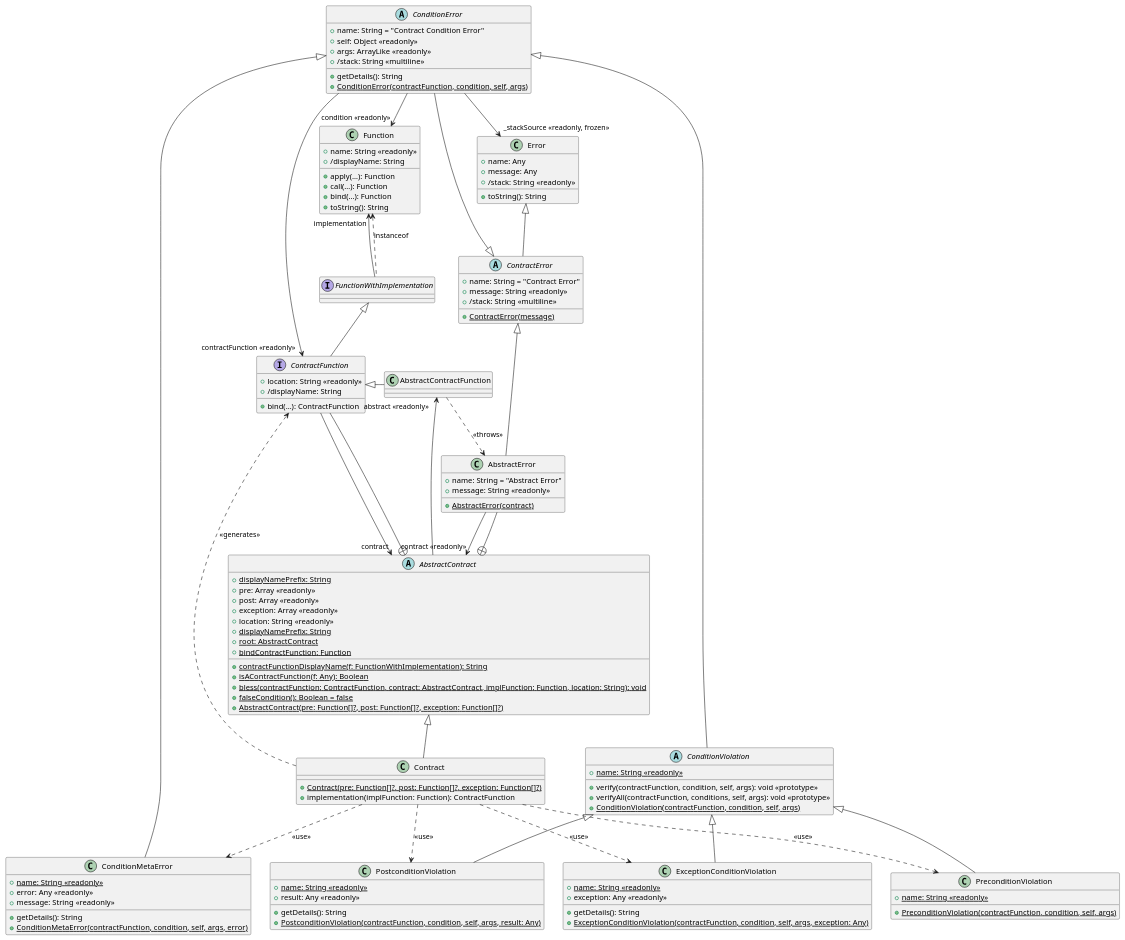
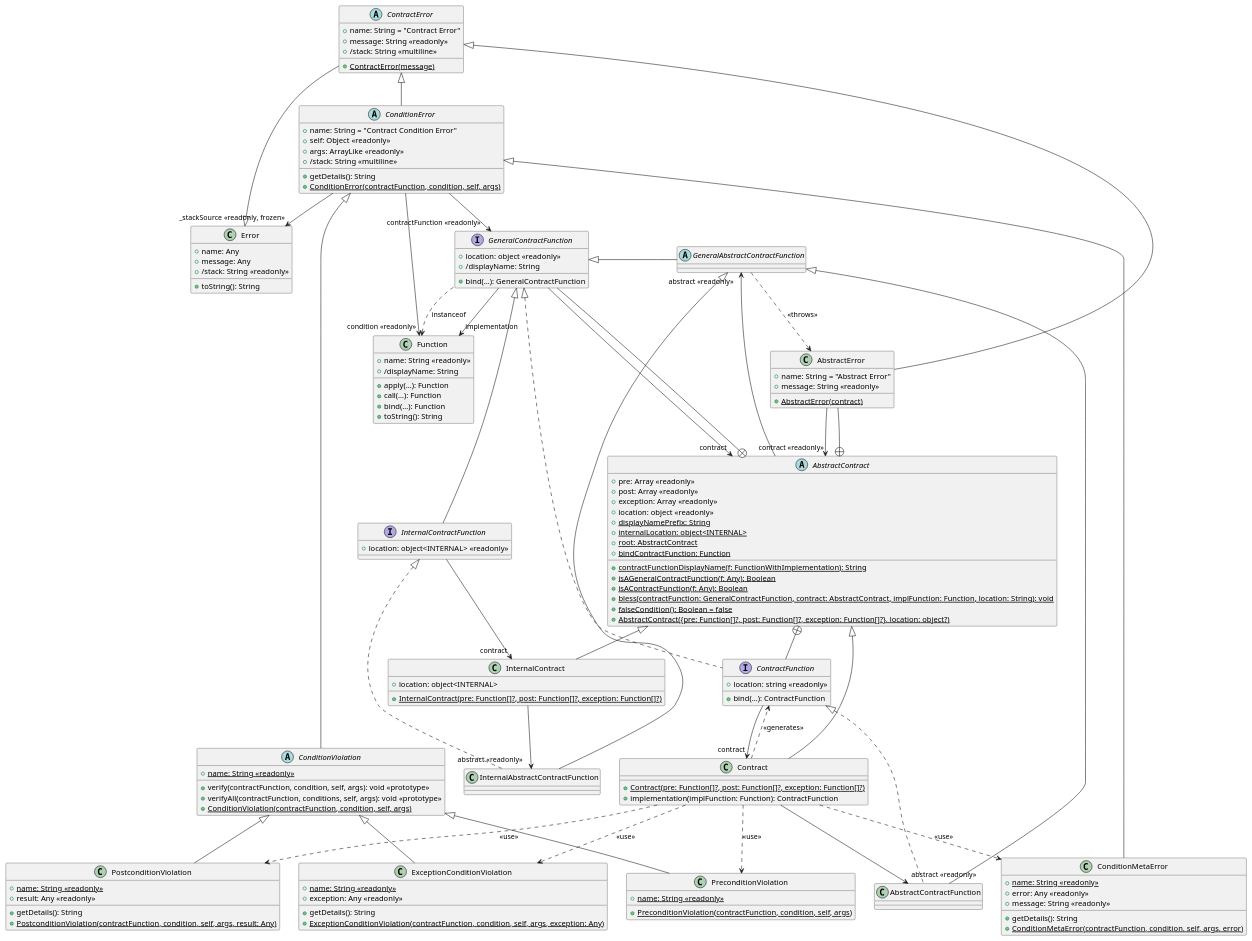
The diagram in src/I/model.puml (Toryt/contracts), drawn with PlantUML before and after one commit.

Commit message:
Update UML model

```diff
--- a/src/I/model.puml
+++ b/src/I/model.puml
@@ -17,138 +17,164 @@
 @startuml
 
 class Function {
   +name: String <<readonly>>
   +/displayName: String
   +apply(…): Function
   +call(…): Function
   +bind(…): Function
   +toString(): String
 }
 class Error {
   +name: Any
   +message: Any
   +/stack: String <<readonly>>
   +toString(): String
 }
 
-interface FunctionWithImplementation
-
-Function <.. FunctionWithImplementation: instanceof
-FunctionWithImplementation --> "implementation" Function
+Function <.. GeneralContractFunction: instanceof
+GeneralContractFunction --> "implementation" Function
 
 abstract class AbstractContract {
-  +{static} displayNamePrefix: String
   +pre: Array <<readonly>>
   +post: Array <<readonly>>
   +exception: Array <<readonly>>
-  +location: String <<readonly>>
+  +location: object <<readonly>>
   +{static} displayNamePrefix: String
+  +{static} internalLocation: object<INTERNAL>
   +{static} root: AbstractContract
   +{static} contractFunctionDisplayName(f: FunctionWithImplementation): String
   +{static} bindContractFunction: Function
+  +{static} isAGeneralContractFunction(f: Any): Boolean
   +{static} isAContractFunction(f: Any): Boolean
-  +{static} bless(contractFunction: ContractFunction, contract: AbstractContract, implFunction: Function, location: String): void
+  +{static} bless(contractFunction: GeneralContractFunction, contract: AbstractContract, implFunction: Function, location: String): void
   +{static} falseCondition(): Boolean = false
-  +{static} AbstractContract(pre: Function[]?, post: Function[]?, exception: Function[]?)
+  +{static} AbstractContract({pre: Function[]?, post: Function[]?, exception: Function[]?}, location: object?)
 }
+
+class InternalContract {
+  +{static} InternalContract(pre: Function[]?, post: Function[]?, exception: Function[]?)
+  +location: object<INTERNAL>
+}
+AbstractContract <|-- InternalContract
 
 class Contract {
   +{static} Contract(pre: Function[]?, post: Function[]?, exception: Function[]?)
   +implementation(implFunction: Function): ContractFunction
 }
 AbstractContract <|-- Contract
 
+interface GeneralContractFunction {
+  +location: object <<readonly>>
+  +/displayName: String
+  +bind(…): GeneralContractFunction
+}
+AbstractContract +-- GeneralContractFunction
+GeneralContractFunction --> "contract" AbstractContract
+
+interface InternalContractFunction {
+  +location: object<INTERNAL> <<readonly>>
+}
+GeneralContractFunction <|-- InternalContractFunction
+InternalContractFunction --> "contract" InternalContract
+
 interface ContractFunction {
-  +location: String <<readonly>>
-  +/displayName: String
+  +location: string <<readonly>>
   +bind(…): ContractFunction
 }
+AbstractContract +-- ContractFunction
+GeneralContractFunction <|.. ContractFunction
+ContractFunction --> "contract" Contract
+
+abstract class GeneralAbstractContractFunction
+GeneralContractFunction <|- GeneralAbstractContractFunction
+AbstractContract --> "abstract <<readonly>>" GeneralAbstractContractFunction
+
+class InternalAbstractContractFunction
+GeneralAbstractContractFunction <|-- InternalAbstractContractFunction
+InternalContractFunction <|.. InternalAbstractContractFunction
+InternalContract --> "abstract <<readonly>>" InternalAbstractContractFunction
 
 class AbstractContractFunction
-ContractFunction <|- AbstractContractFunction
-
-AbstractContract +-- ContractFunction
-FunctionWithImplementation <|-- ContractFunction
-
-ContractFunction --> "contract" AbstractContract
-AbstractContract --> "abstract <<readonly>>" AbstractContractFunction
+GeneralAbstractContractFunction <|- AbstractContractFunction
+ContractFunction <|.. AbstractContractFunction
+Contract --> "abstract <<readonly>>" AbstractContractFunction
 
 abstract class ContractError {
   +name: String = "Contract Error"
   +message: String <<readonly>>
   +/stack: String <<multiline>>
   +{static} ContractError(message)
 }
 Error <|-- ContractError
 
 class AbstractError {
   +name: String = "Abstract Error"
   +message: String <<readonly>>
   +{static} AbstractError(contract)
 }
 AbstractContract +-- AbstractError
 ContractError <|-- AbstractError
-AbstractContractFunction ..> AbstractError : "<<throws>>"
+GeneralAbstractContractFunction ..> AbstractError : "<<throws>>"
 
 AbstractError --> "contract <<readonly>>" AbstractContract
 
 abstract class ConditionError {
   +name: String = "Contract Condition Error"
   +self: Object <<readonly>>
   +args: ArrayLike <<readonly>>
   +/stack: String <<multiline>>
   +getDetails(): String
   +{static} ConditionError(contractFunction, condition, self, args)
 }
 ContractError <|-- ConditionError
 
 class ConditionMetaError {
   +{static} name: String <<readonly>>
   +error: Any <<readonly>>
   +message: String <<readonly>>
   +getDetails(): String
   +{static} ConditionMetaError(contractFunction, condition, self, args, error)
 }
 
 abstract class ConditionViolation {
   +{static} name: String <<readonly>>
   +verify(contractFunction, condition, self, args): void <<prototype>>
   +verifyAll(contractFunction, conditions, self, args): void <<prototype>>
   +{static} ConditionViolation(contractFunction, condition, self, args)
 }
 class PreconditionViolation {
   +{static} name: String <<readonly>>
   +{static} PreconditionViolation(contractFunction, condition, self, args)
 }
 class PostconditionViolation {
   +{static} name: String <<readonly>>
   +result: Any <<readonly>>
   +getDetails(): String
   +{static} PostconditionViolation(contractFunction, condition, self, args, result: Any)
 }
 
 class ExceptionConditionViolation {
   +{static} name: String <<readonly>>
   +exception: Any <<readonly>>
   +getDetails(): String
   +{static} ExceptionConditionViolation(contractFunction, condition, self, args, exception: Any)
 }
 
-ConditionError --> "contractFunction <<readonly>>" ContractFunction
+ConditionError --> "contractFunction <<readonly>>" GeneralContractFunction
 ConditionError --> "condition <<readonly>>" Function
 ConditionError --> "_stackSource <<readonly, frozen>>" Error
 
 ConditionError <|-- ConditionMetaError
 ConditionError <|-- ConditionViolation
 
 ConditionViolation <|-- PreconditionViolation
 ConditionViolation <|-- PostconditionViolation
 ConditionViolation <|-- ExceptionConditionViolation
 
 Contract ..> ConditionMetaError: <<use>>
 Contract ..> PreconditionViolation: <<use>>
 Contract ..> PostconditionViolation: <<use>>
 Contract ..> ExceptionConditionViolation: <<use>>
 Contract ..> ContractFunction: <<generates>>
 
 @enduml
```
